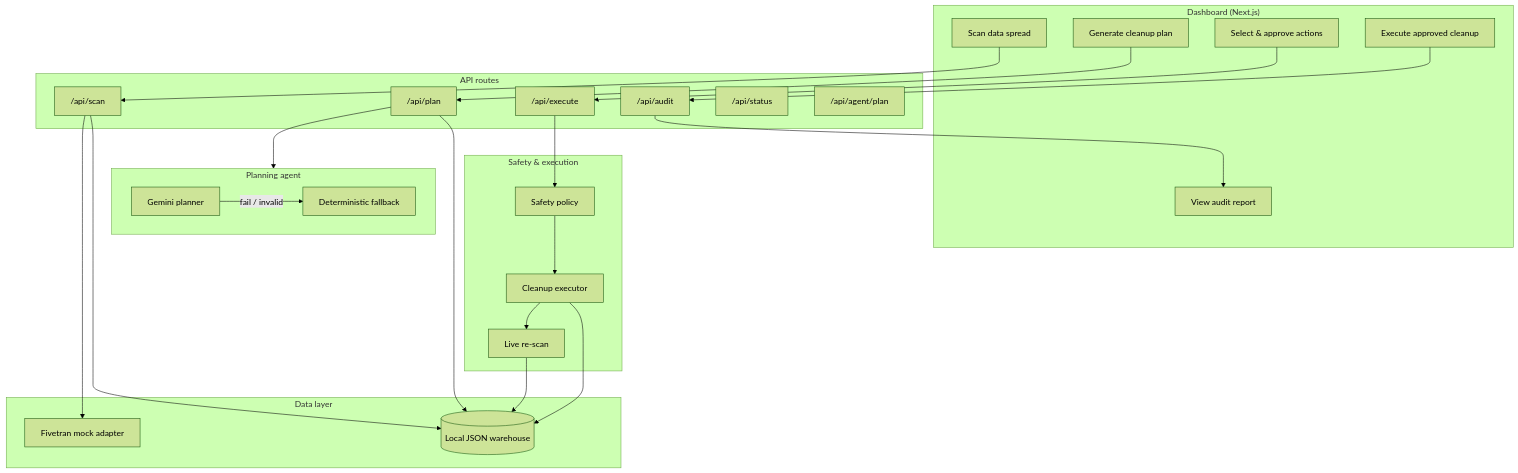
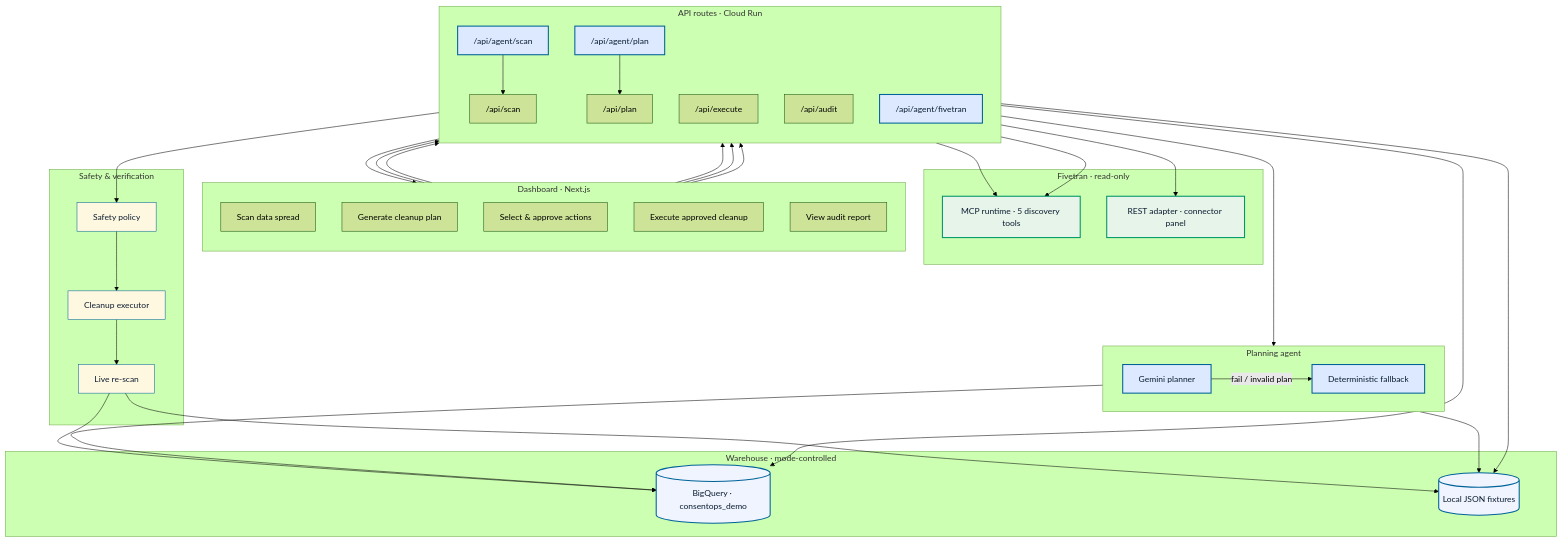
One commit to prabhakaran-jm/consentops-agent changed the diagram in README.md. Above: the diagram before and after it, drawn with Mermaid (forest theme). The commit also changed other lines of this file, not shown here.

Commit message:
Document BigQuery and Fivetran MCP in architecture diagram and fix demo flow counts.

````diff
--- a/README.md
+++ b/README.md
@@ -94,46 +96,80 @@
 ```mermaid
 flowchart TB
-  subgraph UI["Dashboard (Next.js)"]
-    Scan[Scan data spread]
-    Plan[Generate cleanup plan]
-    Approve[Select & approve actions]
-    Execute[Execute approved cleanup]
-    Audit[View audit report]
+  subgraph UI["Dashboard · Next.js"]
+    direction TB
+    S1[Scan data spread]
+    S2[Generate cleanup plan]
+    S3[Select & approve actions]
+    S4[Execute approved cleanup]
+    S5[View audit report]
   end
 
-  subgraph API["API routes"]
+  subgraph API["API routes · Cloud Run"]
+    direction TB
     RScan["/api/scan"]
     RPlan["/api/plan"]
     RExec["/api/execute"]
     RAudit["/api/audit"]
-    RStatus["/api/status"]
-    RAgent["/api/agent/plan"]
+    RAgentScan["/api/agent/scan"]
+    RAgentPlan["/api/agent/plan"]
+    RAgentFt["/api/agent/fivetran"]
   end
 
-  subgraph Agent["Planning agent"]
-    Gemini[Gemini planner]
-    Det[Deterministic fallback]
-    Gemini -->|fail / invalid| Det
+  subgraph Plan["Planning agent"]
+    Gemini["Gemini planner"]
+    Det["Deterministic fallback"]
+    Gemini -->|fail / invalid plan| Det
   end
 
-  subgraph Data["Data layer"]
-    WH[(Local JSON warehouse)]
-    FT[Fivetran mock adapter]
+  subgraph FT["Fivetran · read-only"]
+    MCP["MCP runtime · 5 discovery tools"]
+    REST["REST adapter · connector panel"]
   end
 
-  subgraph Safety["Safety & execution"]
-    Policy[Safety policy]
-    Exec[Cleanup executor]
-    Verify[Live re-scan]
+  subgraph WH["Warehouse · mode-controlled"]
+    BQ[("BigQuery · consentops_demo")]
+    LJ[("Local JSON fixtures")]
   end
 
-  Scan --> RScan --> WH
-  RScan --> FT
-  Plan --> RPlan --> Agent
-  RPlan --> WH
-  Approve --> RExec
-  RExec --> Policy --> Exec --> WH
-  Exec --> Verify --> WH
-  Execute --> RAudit
-  RAudit --> Audit
+  subgraph Safe["Safety & verification"]
+    Policy["Safety policy"]
+    Exec["Cleanup executor"]
+    Verify["Live re-scan"]
+    Policy --> Exec --> Verify
+  end
+
+  S1 --> RScan
+  S2 --> RPlan
+  S3 --> RExec
+  S4 --> RExec
+  S5 --> RAudit
+
+  RScan --> MCP
+  RScan --> REST
+  RScan --> BQ
+  RScan --> LJ
+
+  RPlan --> Plan
+  Plan --> BQ
+  Plan --> LJ
+
+  RExec --> Policy
+  Verify --> BQ
+  Verify --> LJ
+
+  RAgentScan --> RScan
+  RAgentPlan --> RPlan
+  RAgentFt --> MCP
+
+  RAudit --> S5
+
+  classDef gcp fill:#dce9ff,stroke:#006398,stroke-width:2px,color:#0b1c30
+  classDef ft fill:#e6f4ea,stroke:#009668,stroke-width:2px,color:#0b1c30
+  classDef wh fill:#eff4ff,stroke:#006398,stroke-width:2px,color:#0b1c30
+  classDef safe fill:#fff8e1,stroke:#006398,stroke-width:1px,color:#0b1c30
+
+  class BQ,LJ wh
+  class MCP,REST ft
+  class Gemini,Det,RAgentScan,RAgentPlan,RAgentFt gcp
+  class Policy,Exec,Verify safe
 ```
````
